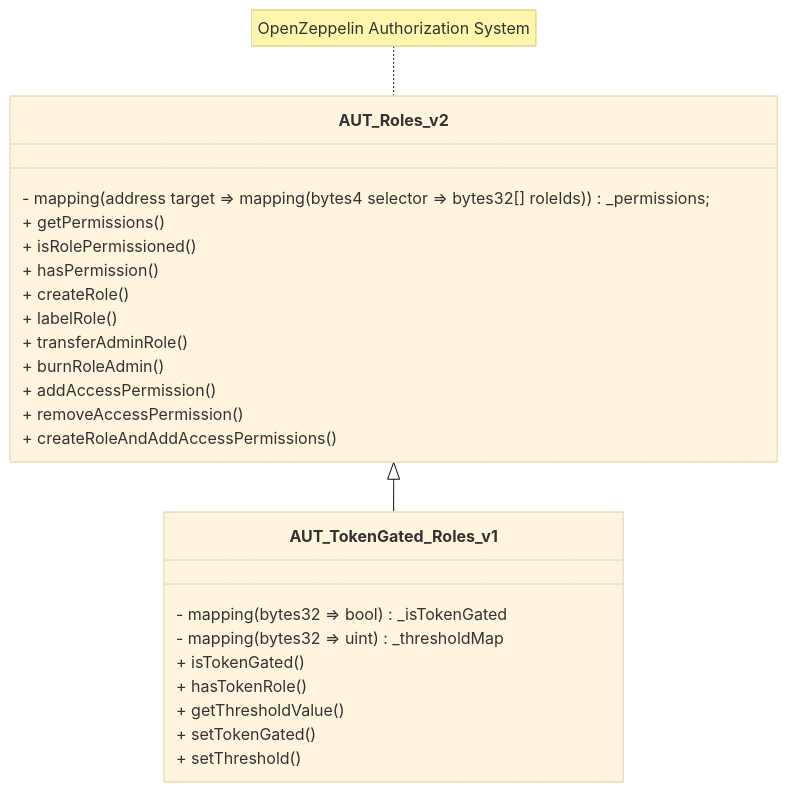
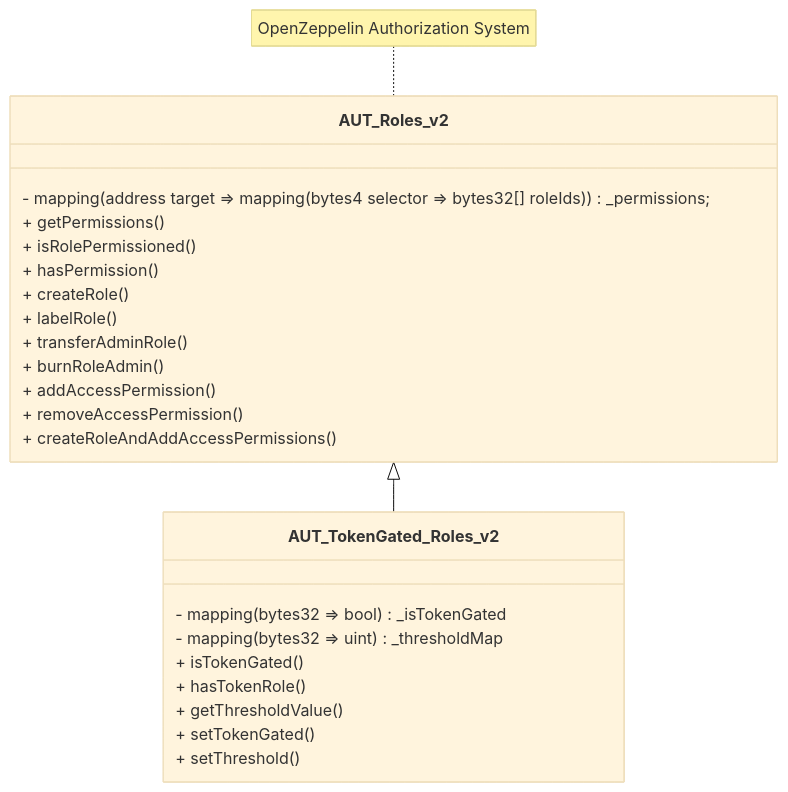
Before and after one commit to InverterNetwork/contracts: the first of 2 diagrams in docs/src/modules/authorizer/role/AUT_TokenGated_Roles_v2.md, drawn with Mermaid (base theme). The commit also changed other lines of this file and 10 other files, not shown here.

Commit message:
Rename AUT_TokenGated_Roles_v1

````diff
--- a/docs/src/modules/authorizer/role/AUT_TokenGated_Roles_v2.md
+++ b/docs/src/modules/authorizer/role/AUT_TokenGated_Roles_v2.md
@@ -30,34 +30,34 @@
 ```mermaid
 classDiagram
 
     note for AUT_Roles_v2 "OpenZeppelin Authorization System"
-    AUT_Roles_v2 <|--  AUT_TokenGated_Roles_v1
+    AUT_Roles_v2 <|--  AUT_TokenGated_Roles_v2
 
 
 
 
     class AUT_Roles_v2{
         - mapping(address target => mapping(bytes4 selector => bytes32[] roleIds)) _permissions;
         + getPermissions()
         + isRolePermissioned()
         + hasPermission()
         + createRole()
         + labelRole()
         + transferAdminRole()
         + burnRoleAdmin()
         + addAccessPermission()
         + removeAccessPermission()
         + createRoleAndAddAccessPermissions()
     }
 
-    class AUT_TokenGated_Roles_v1{
+    class AUT_TokenGated_Roles_v2{
         - mapping(bytes32 => bool) _isTokenGated
         - mapping(bytes32 => uint) _thresholdMap
         + isTokenGated()
         + hasTokenRole()
         + getThresholdValue()
         + setTokenGated()
         + setThreshold()
     }
 
 ```
````
